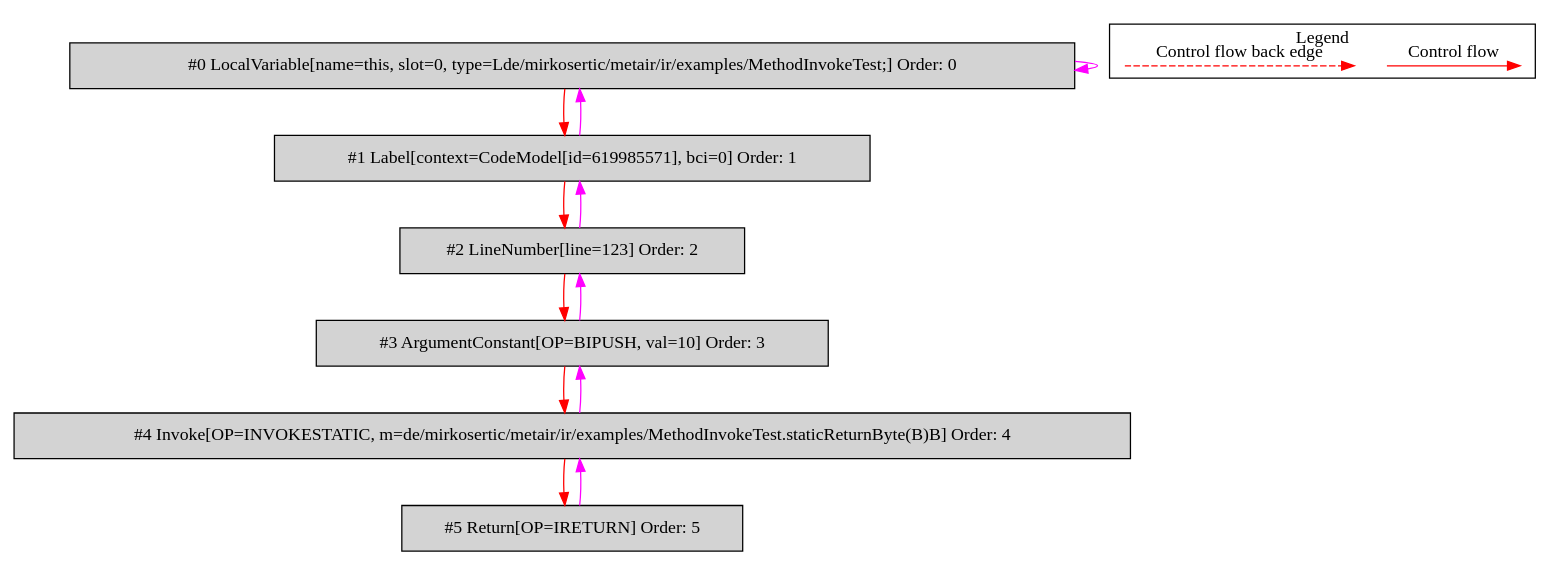
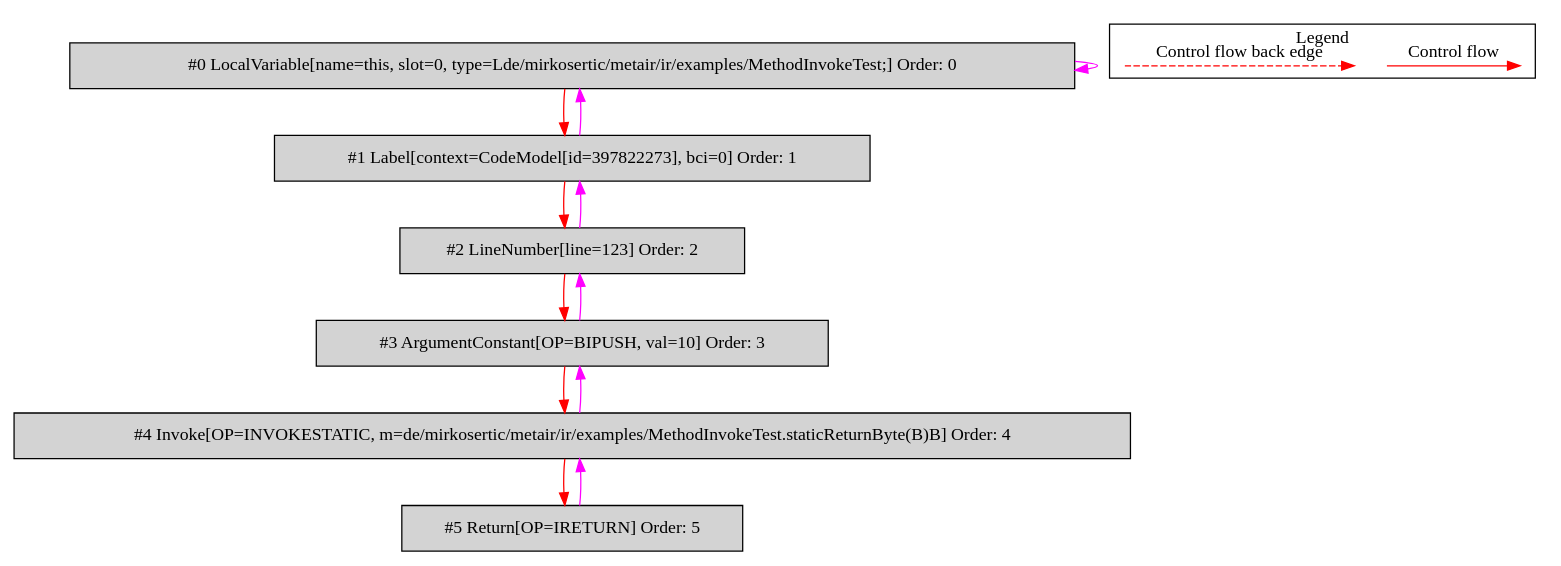
The diagram in de.mirkosertic.metair.ir.examples.MethodInvokeTest/returnByte/bytecodecfg.dot (mirkosertic/MetaIR), drawn with Graphviz before and after one commit. The commit also changed 1206 other files, not shown here.

```diff
--- a/de.mirkosertic.metair.ir.examples.MethodInvokeTest/returnByte/bytecodecfg.dot
+++ b/de.mirkosertic.metair.ir.examples.MethodInvokeTest/returnByte/bytecodecfg.dot
@@ -1,34 +1,34 @@
 digraph {
  ordering="in";
  node0[label="#0 LocalVariable[name=this, slot=0, type=Lde/mirkosertic/metair/ir/examples/MethodInvokeTest;] Order: 0", shape=box, fillcolor=lightgrey, style=filled];
- node1[label="#1 Label[context=CodeModel[id=619985571], bci=0] Order: 1", shape=box, fillcolor=lightgrey, style=filled];
+ node1[label="#1 Label[context=CodeModel[id=397822273], bci=0] Order: 1", shape=box, fillcolor=lightgrey, style=filled];
  node2[label="#2 LineNumber[line=123] Order: 2", shape=box, fillcolor=lightgrey, style=filled];
  node3[label="#3 ArgumentConstant[OP=BIPUSH, val=10] Order: 3", shape=box, fillcolor=lightgrey, style=filled];
  node4[label="#4 Invoke[OP=INVOKESTATIC, m=de/mirkosertic/metair/ir/examples/MethodInvokeTest.staticReturnByte(B)B] Order: 4", shape=box, fillcolor=lightgrey, style=filled];
  node5[label="#5 Return[OP=IRETURN] Order: 5", shape=box, fillcolor=lightgrey, style=filled];
  node0 -> node0[color=fuchsia];
  node0 -> node1[color=red];
  node1 -> node0[color=fuchsia];
  node1 -> node2[color=red];
  node2 -> node1[color=fuchsia];
  node2 -> node3[color=red];
  node3 -> node2[color=fuchsia];
  node3 -> node4[color=red];
  node4 -> node3[color=fuchsia];
  node4 -> node5[color=red];
  node5 -> node4[color=fuchsia];
  subgraph cluster_000 {
   label = "Legend";
   node [shape=point]
   {
    rank=same;
    c0 [style = invis];
    c1 [style = invis];
    c2 [style = invis];
    c3 [style = invis];
   }
   c0 -> c1 [label="Control flow", style=solid, color=red]
   c2 -> c3 [label="Control flow back edge", style=dashed, color=red]
  }
 
 }
```
